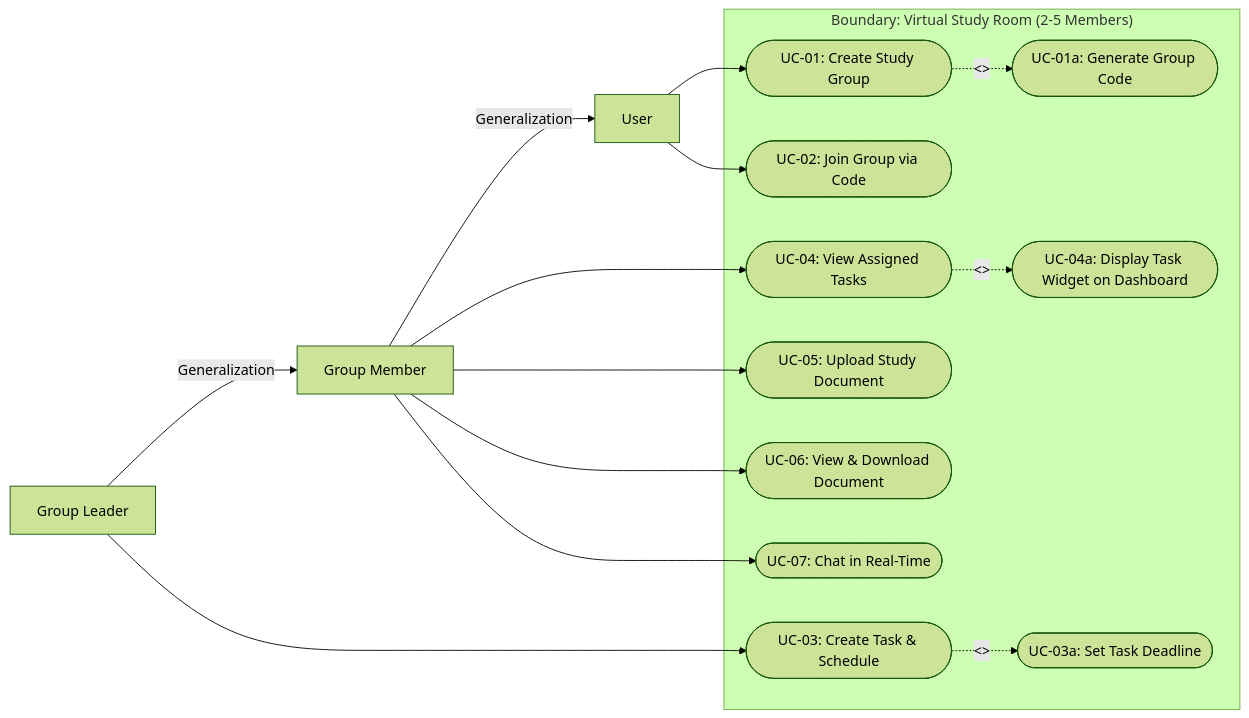
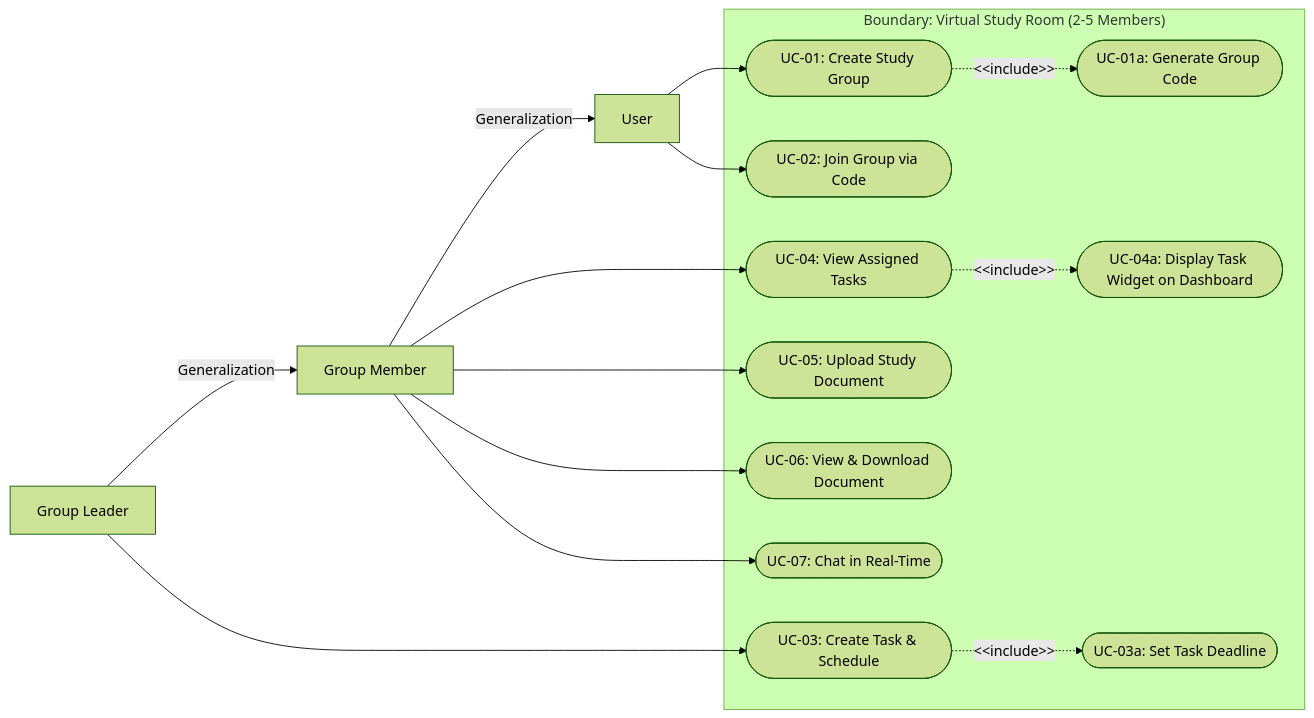
The third of 5 diagrams in PA5-Group09/PA3-Group09/report.md (mthupham/STUDIFY), drawn with Mermaid (forest theme) before and after one commit. The commit also changed other lines of this file and 436 other files, not shown here.

````diff
--- a/PA5-Group09/PA3-Group09/report.md
+++ b/PA5-Group09/PA3-Group09/report.md
@@ -173,48 +173,49 @@
 ``` mermaid
 flowchart LR
     %% Actors
     User["User"]:::actor
     Member["Group Member"]:::actor
     Leader["Group Leader"]:::actor
 
     %% Generalization Relationships
     Leader -->|Generalization| Member
     Member -->|Generalization| User
 
     %% System Boundary
     subgraph Virtual_Study_Room ["Boundary: Virtual Study Room (2-5 Members)"]
         %% F3.1
         UC1(["UC-01: Create Study Group"]):::uc
         UC1a(["UC-01a: Generate Group Code"]):::uc
         UC2(["UC-02: Join Group via Code"]):::uc
 
         %% F3.3
         UC3(["UC-03: Create Task & Schedule"]):::uc
         UC3a(["UC-03a: Set Task Deadline"]):::uc
         UC4(["UC-04: View Assigned Tasks"]):::uc
         UC4a(["UC-04a: Display Task Widget on Dashboard"]):::uc
 
         %% F3.4
         UC5(["UC-05: Upload Study Document"]):::uc
         UC6(["UC-06: View & Download Document"]):::uc
 
         %% F3.5
         UC7(["UC-07: Chat in Real-Time"]):::uc
     end
 
     %% Actor Connections
     User --> UC1
     User --> UC2
 
     Leader --> UC3
     
     Member --> UC4
     Member --> UC5
     Member --> UC6
     Member --> UC7
 
     %% Include / Extend Relationships
-    UC1 -.->|"<<include>>"| UC1a
-    UC3 -.->|"<<include>>"| UC3a
-    UC4 -.->|"<<include>>"| UC4a
+    UC1 -.->|&lt;&lt;include&gt;&gt;| UC1a
+    UC3 -.->|&lt;&lt;include&gt;&gt;| UC3a
+    UC4 -.->|&lt;&lt;include&gt;&gt;| UC4a
+
 ```
````
